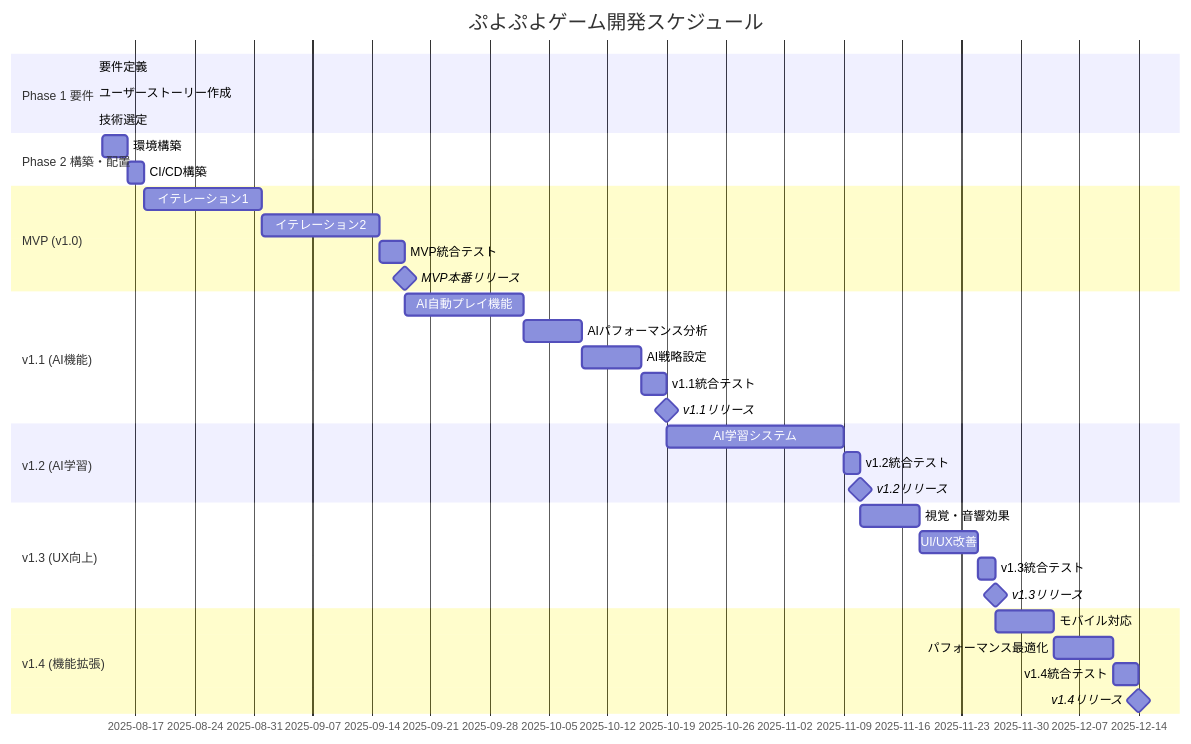
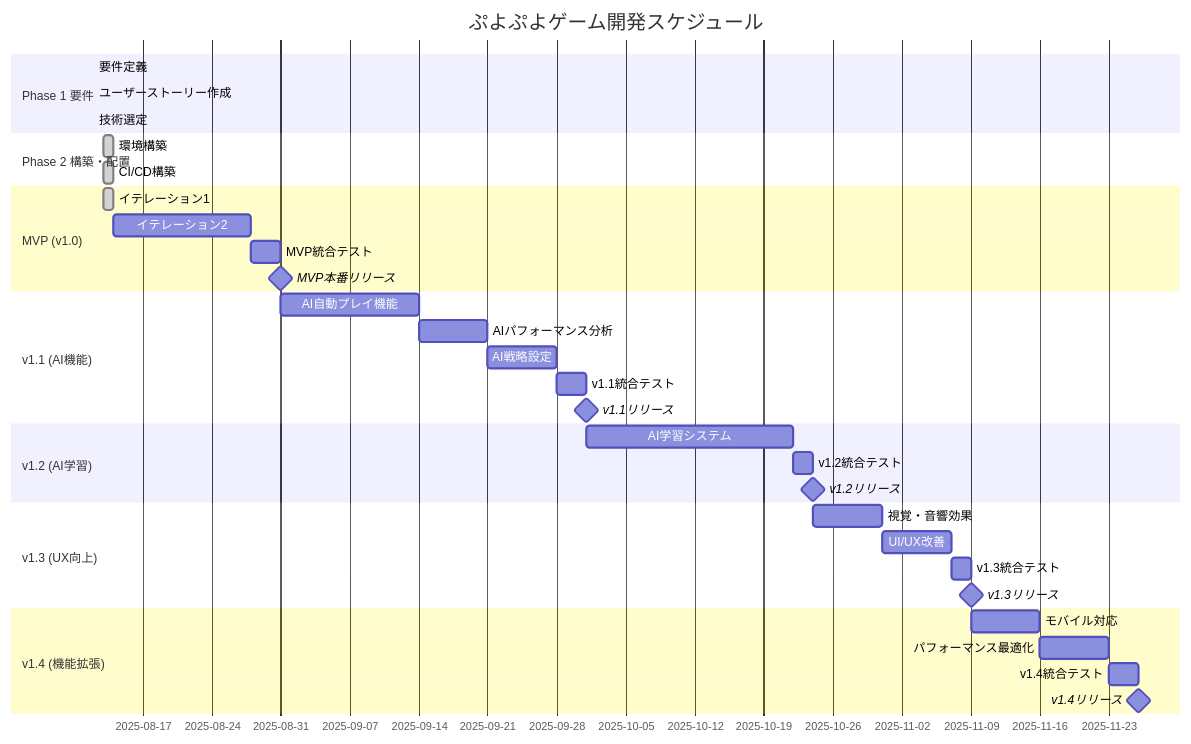
Before and after one commit to k2works/case-study-game-dev: the second of 7 diagrams in docs/requirements/リリース計画.md, drawn with Mermaid. The commit also changed other lines of this file, not shown here.

First line of the commit message:
docs: イテレーション1完了実績をリリース計画に反映

````diff
--- a/docs/requirements/リリース計画.md
+++ b/docs/requirements/リリース計画.md
@@ -182,43 +182,43 @@
 ```mermaid
 gantt
     title ぷよぷよゲーム開発スケジュール
     dateFormat  YYYY-MM-DD
     section Phase 1 要件
     要件定義           :done, req, 2025-08-12, 2025-08-12
     ユーザーストーリー作成 :done, us, 2025-08-12, 2025-08-12
     技術選定           :done, tech, 2025-08-12, 2025-08-12
     
     section Phase 2 構築・配置
-    環境構築           :env, 2025-08-13, 3d
-    CI/CD構築         :cicd, after env, 2d
+    環境構築           :done, env, 2025-08-13, 1d
+    CI/CD構築         :done, cicd, 2025-08-13, 1d
     
     section MVP (v1.0)
-    イテレーション1     :iter1, after cicd, 2w
-    イテレーション2     :iter2, after iter1, 2w
+    イテレーション1     :done, iter1, 2025-08-13, 1d
+    イテレーション2     :iter2, 2025-08-14, 2w
     MVP統合テスト      :mvp-test, after iter2, 3d
     MVP本番リリース    :milestone, mvp-rel, after mvp-test, 0d
     
     section v1.1 (AI機能)
     AI自動プレイ機能   :v11-1, after mvp-rel, 2w
     AIパフォーマンス分析 :v11-2, after v11-1, 1w
     AI戦略設定        :v11-3, after v11-2, 1w
     v1.1統合テスト     :v11-test, after v11-3, 3d
     v1.1リリース      :milestone, v11-rel, after v11-test, 0d
     
     section v1.2 (AI学習)
     AI学習システム     :v12-1, after v11-rel, 3w
     v1.2統合テスト     :v12-test, after v12-1, 2d
     v1.2リリース      :milestone, v12-rel, after v12-test, 0d
     
     section v1.3 (UX向上)
     視覚・音響効果     :v13-1, after v12-rel, 1w
     UI/UX改善         :v13-2, after v13-1, 1w
     v1.3統合テスト     :v13-test, after v13-2, 2d
     v1.3リリース      :milestone, v13-rel, after v13-test, 0d
     
     section v1.4 (機能拡張)
     モバイル対応       :v14-1, after v13-rel, 1w
     パフォーマンス最適化 :v14-2, after v14-1, 1w
     v1.4統合テスト     :v14-test, after v14-2, 3d
     v1.4リリース      :milestone, v14-rel, after v14-test, 0d
 ```
````
